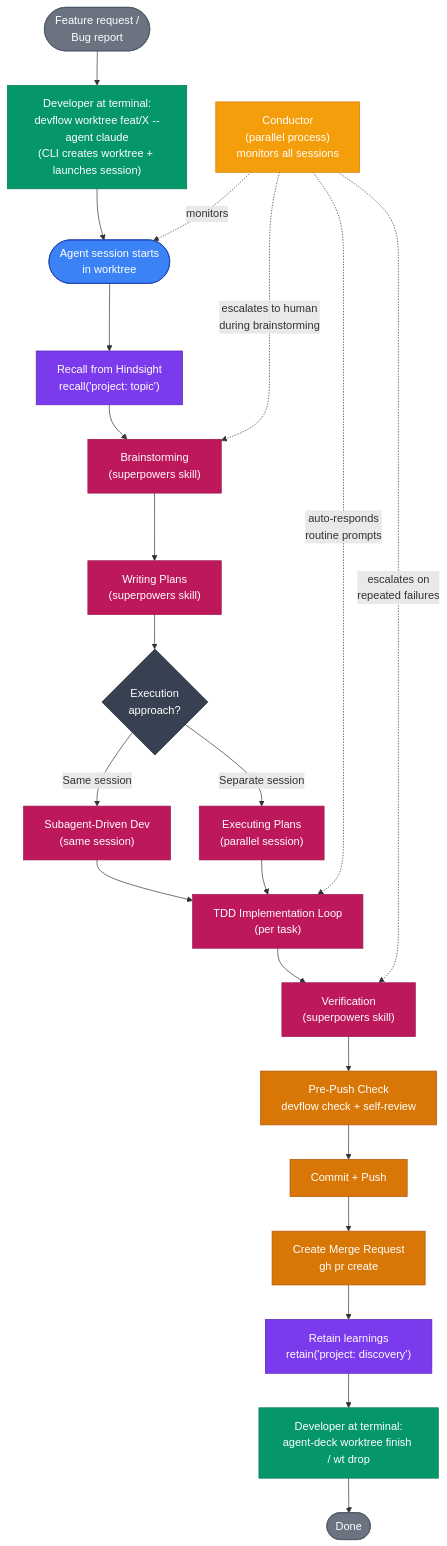
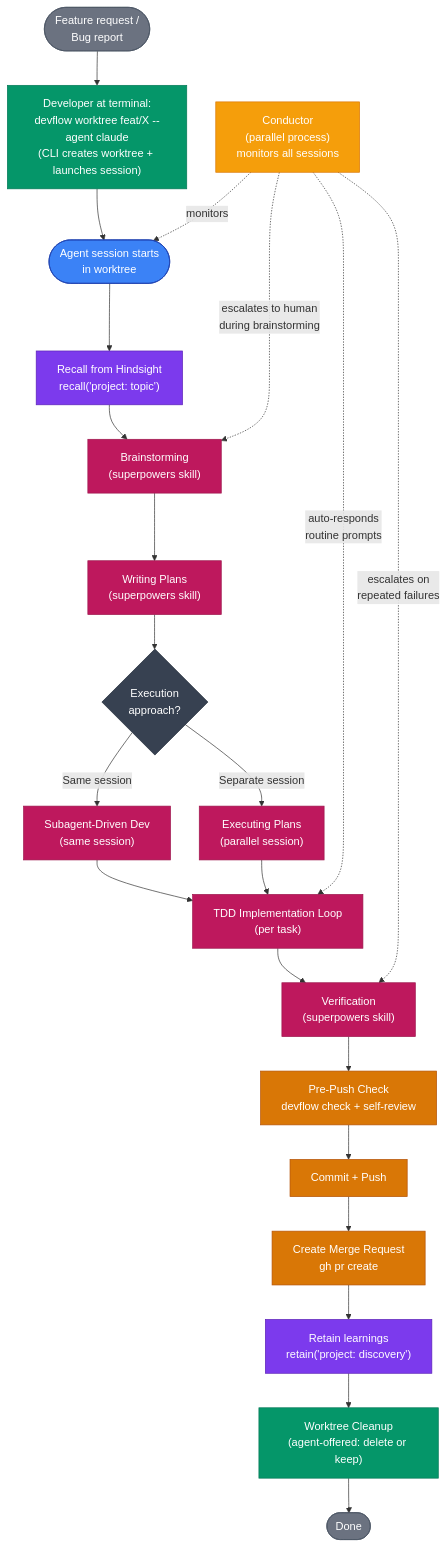
One commit to AndreJorgeLopes/devflow changed the first of 5 diagrams in visualizations/workflows/development-workflow.md. Above: the diagram before and after it, drawn with Mermaid. The commit also changed other lines of this file and 3 other files, not shown here.

First line of the commit message:
docs: update visualizations for hooks architecture and viz check step

````diff
--- a/visualizations/workflows/development-workflow.md
+++ b/visualizations/workflows/development-workflow.md
@@ -26,65 +26,65 @@
 ```mermaid
 %%{init: {'flowchart': {'rankSpacing': 50, 'nodeSpacing': 30, 'diagramPadding': 15}}}%%
 graph TD
     START(["Feature request /<br/>Bug report"])
     WORKTREE["Developer at terminal:<br/>devflow worktree feat/X --agent claude<br/>(CLI creates worktree + launches session)"]
     SESSION(["Agent session starts<br/>in worktree"])
     RECALL["Recall from Hindsight<br/>recall('project: topic')"]
     BRAIN["Brainstorming<br/>(superpowers skill)"]
     PLAN["Writing Plans<br/>(superpowers skill)"]
     CHOOSE{"Execution<br/>approach?"}
     SDD["Subagent-Driven Dev<br/>(same session)"]
     EXEC["Executing Plans<br/>(parallel session)"]
     LOOP["TDD Implementation Loop<br/>(per task)"]
     VERIFY["Verification<br/>(superpowers skill)"]
     CHECK["Pre-Push Check<br/>devflow check + self-review"]
     COMMIT["Commit + Push"]
     MR["Create Merge Request<br/>gh pr create"]
     RETAIN["Retain learnings<br/>retain('project: discovery')"]
-    CLEANUP["Developer at terminal:<br/>agent-deck worktree finish / wt drop"]
+    CLEANUP["Worktree Cleanup<br/>(agent-offered: delete or keep)"]
     DONE(["Done"])
 
     COND["Conductor<br/>(parallel process)<br/>monitors all sessions"]
 
     START --> WORKTREE
     WORKTREE --> SESSION
     SESSION --> RECALL
     RECALL --> BRAIN
     BRAIN --> PLAN
     PLAN --> CHOOSE
     CHOOSE -->|"Same session"| SDD
     CHOOSE -->|"Separate session"| EXEC
     SDD --> LOOP
     EXEC --> LOOP
     LOOP --> VERIFY
     VERIFY --> CHECK
     CHECK --> COMMIT
     COMMIT --> MR
     MR --> RETAIN
     RETAIN --> CLEANUP
     CLEANUP --> DONE
 
     COND -.->|"monitors"| SESSION
     COND -.->|"auto-responds<br/>routine prompts"| LOOP
     COND -.->|"escalates to human<br/>during brainstorming"| BRAIN
     COND -.->|"escalates on<br/>repeated failures"| VERIFY
 
     classDef hindsightStyle fill:#7c3aed,color:#fff,stroke:#5b21b6
     classDef worktrunkStyle fill:#059669,color:#fff,stroke:#047857
     classDef skillsStyle fill:#be185d,color:#fff,stroke:#9d174d
     classDef reviewStyle fill:#d97706,color:#fff,stroke:#b45309
     classDef decisionStyle fill:#374151,color:#fff,stroke:#1f2937
     classDef terminalStyle fill:#6b7280,color:#fff,stroke:#4b5563
     classDef conductorStyle fill:#f59e0b,color:#fff,stroke:#d97706
     classDef agentDeckStyle fill:#3b82f6,color:#fff,stroke:#1e40af
 
     class RECALL,RETAIN hindsightStyle
     class WORKTREE,CLEANUP worktrunkStyle
     class BRAIN,PLAN,SDD,EXEC,LOOP,VERIFY skillsStyle
     class CHECK reviewStyle
     class MR,COMMIT reviewStyle
     class CHOOSE decisionStyle
     class START,DONE terminalStyle
     class SESSION agentDeckStyle
     class COND conductorStyle
 ```
````
